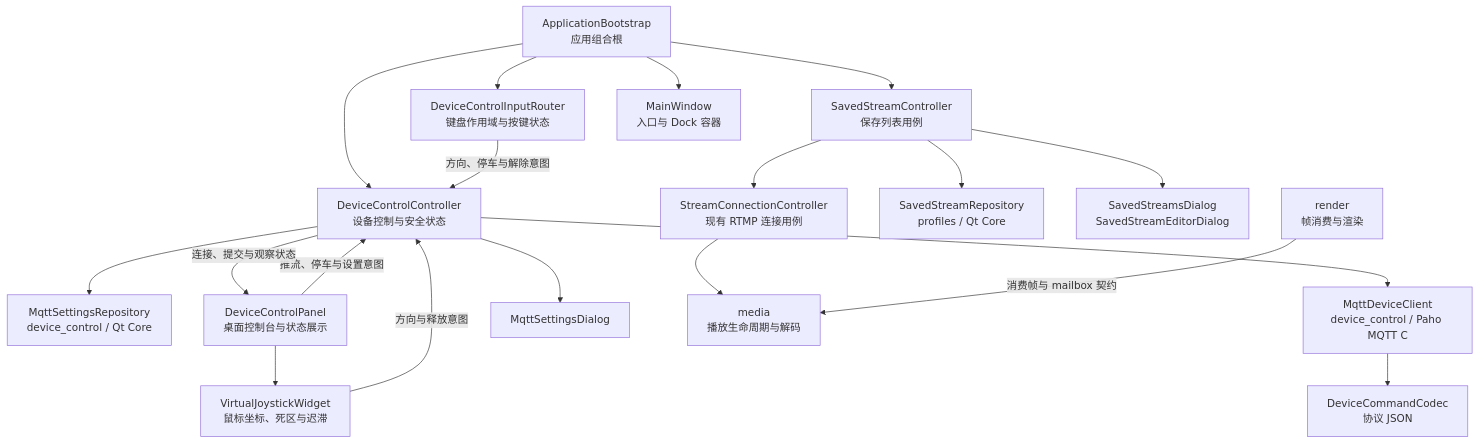
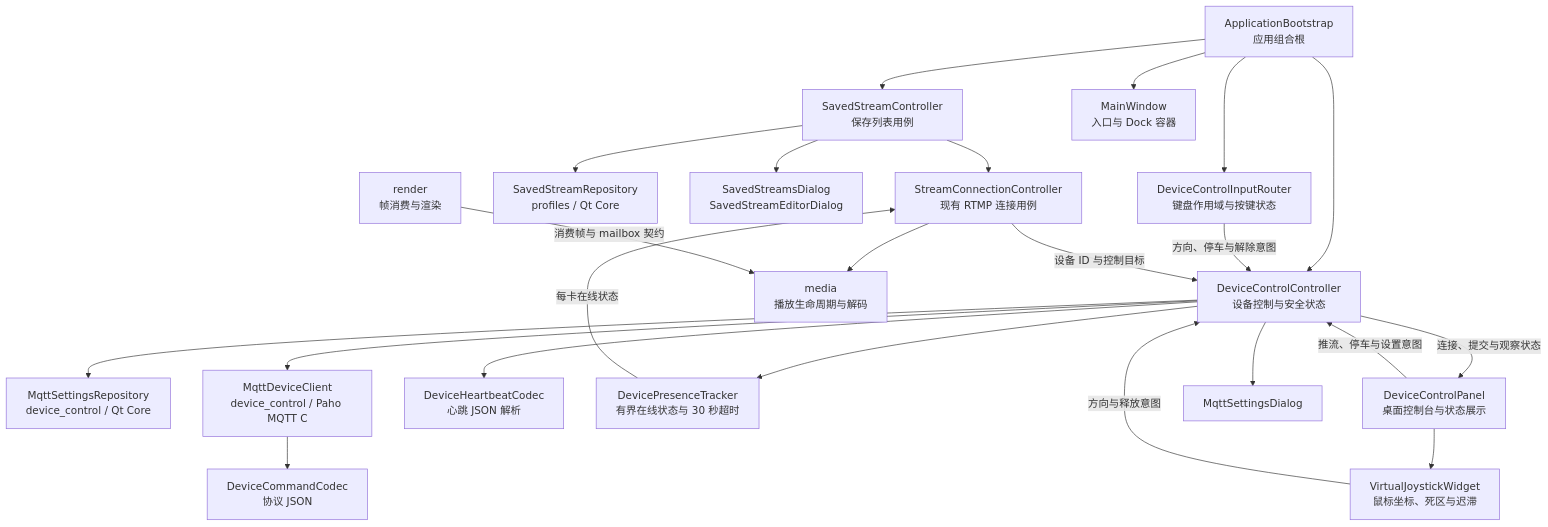
One commit to FKstack/rtmpProject changed the second of 5 diagrams in docs/architecture/saved_stream_and_mqtt_device_control.md. Above: the diagram before and after it, drawn with Mermaid. The commit also changed other lines of this file and 6 other files, not shown here.

````diff
--- a/docs/architecture/saved_stream_and_mqtt_device_control.md
+++ b/docs/architecture/saved_stream_and_mqtt_device_control.md
@@ -170,38 +175,44 @@
 ```mermaid
 flowchart TD
     Bootstrap["ApplicationBootstrap<br/>应用组合根"]
     SavedController["SavedStreamController<br/>保存列表用例"]
     DeviceController["DeviceControlController<br/>设备控制与安全状态"]
     ConnectionController["StreamConnectionController<br/>现有 RTMP 连接用例"]
     ProfileRepo["SavedStreamRepository<br/>profiles / Qt Core"]
     MqttRepo["MqttSettingsRepository<br/>device_control / Qt Core"]
     MqttClient["MqttDeviceClient<br/>device_control / Paho MQTT C"]
     Codec["DeviceCommandCodec<br/>协议 JSON"]
+    Heartbeat["DeviceHeartbeatCodec<br/>心跳 JSON 解析"]
+    Presence["DevicePresenceTracker<br/>有界在线状态与 30 秒超时"]
     SavedUI["SavedStreamsDialog<br/>SavedStreamEditorDialog"]
     ControlUI["DeviceControlPanel<br/>桌面控制台与状态展示"]
     Joystick["VirtualJoystickWidget<br/>鼠标坐标、死区与迟滞"]
     InputRouter["DeviceControlInputRouter<br/>键盘作用域与按键状态"]
     SettingsUI["MqttSettingsDialog"]
     MainWindow["MainWindow<br/>入口与 Dock 容器"]
     Media["media<br/>播放生命周期与解码"]
     Render["render<br/>帧消费与渲染"]
 
     Bootstrap --> MainWindow
     Bootstrap --> SavedController
     Bootstrap --> DeviceController
     Bootstrap --> InputRouter
     SavedController --> SavedUI
     SavedController --> ProfileRepo
     SavedController --> ConnectionController
     ConnectionController --> Media
     Render -->|消费帧与 mailbox 契约| Media
     ControlUI --> Joystick
     Joystick -->|方向与释放意图| DeviceController
     InputRouter -->|方向、停车与解除意图| DeviceController
     ControlUI -->|推流、停车与设置意图| DeviceController
     DeviceController -->|连接、提交与观察状态| ControlUI
     DeviceController --> SettingsUI
     DeviceController --> MqttRepo
     DeviceController --> MqttClient
     MqttClient --> Codec
+    DeviceController --> Heartbeat
+    DeviceController --> Presence
+    ConnectionController -->|设备 ID 与控制目标| DeviceController
+    Presence -->|每卡在线状态| ConnectionController
 ```
````
